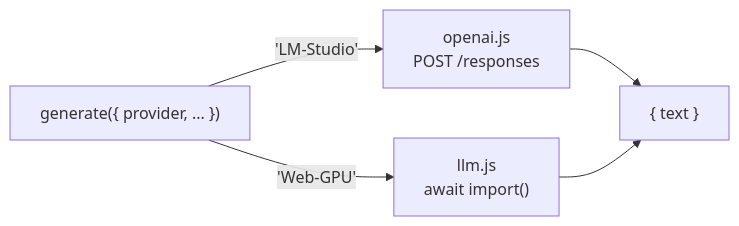
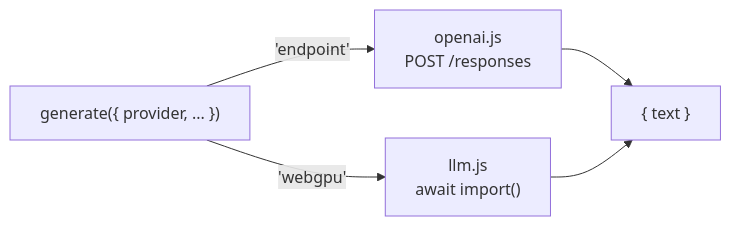
The fourth of 4 diagrams in docs/architecture.md (classiccosta/lime-local-ai), drawn with Mermaid before and after one commit. The commit also changed other lines of this file and 13 other files, not shown here.

````diff
--- a/docs/architecture.md
+++ b/docs/architecture.md
@@ -256,8 +256,8 @@
 ```mermaid
 flowchart LR
   G["generate({ provider, ... })"]
-  G -->|"'LM-Studio'"| O["openai.js<br/>POST /responses"]
-  G -->|"'Web-GPU'"| L["llm.js<br/>await import()"]
+  G -->|"'endpoint'"| O["openai.js<br/>POST /responses"]
+  G -->|"'webgpu'"| L["llm.js<br/>await import()"]
   O --> T["{ text }"]
   L --> T
 ```
````
